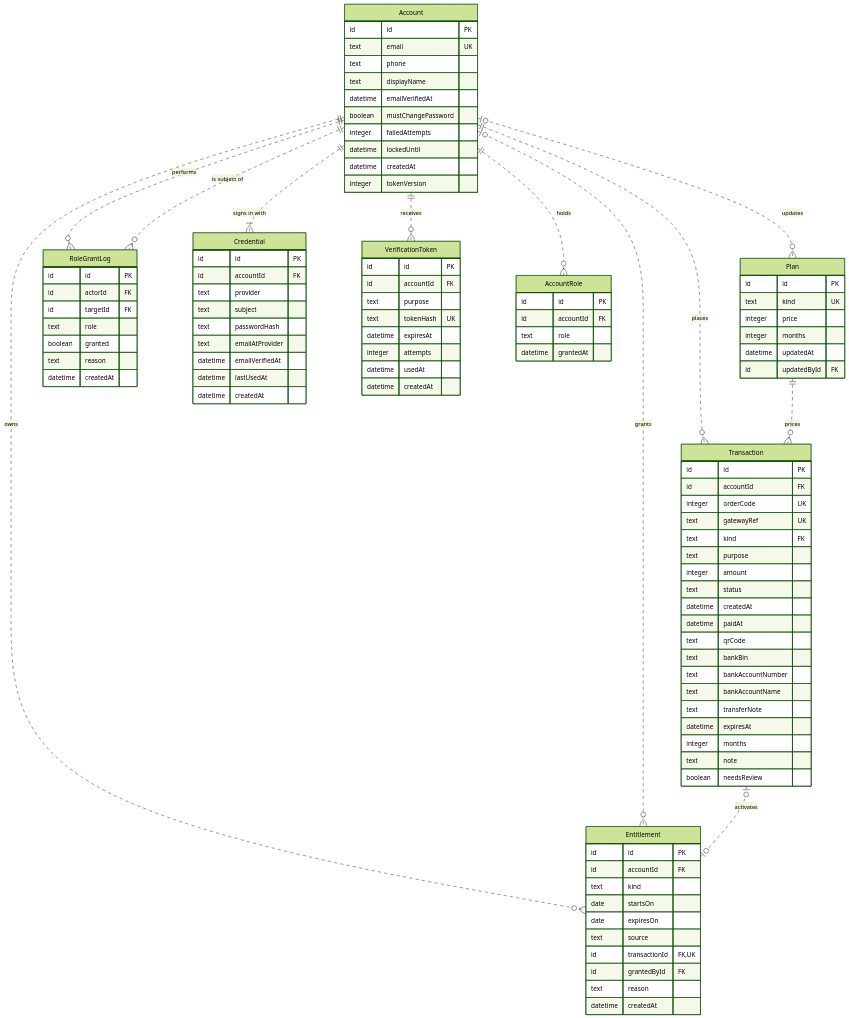
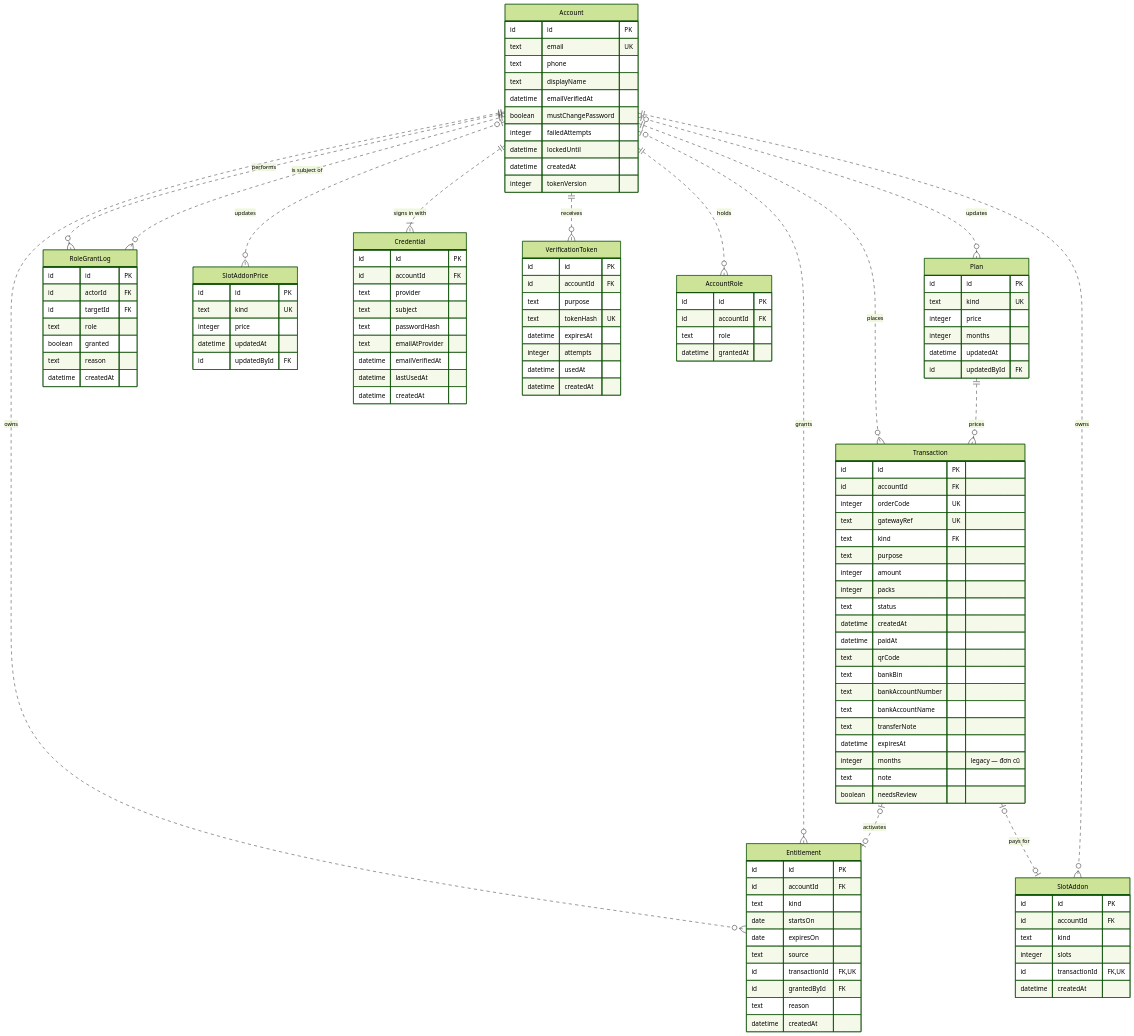
One commit to NamHungBBB1/do-an-BE changed the third of 10 diagrams in docs/diagrams/erd.md. Above: the diagram before and after it, drawn with Mermaid (forest theme). The commit also changed other lines of this file and 3 other files, not shown here.

First line of the commit message:
docs(slot): dong bo schema.sql, erd.md, state-machines.md voi ban v3

````diff
--- a/docs/diagrams/erd.md
+++ b/docs/diagrams/erd.md
@@ -121,6 +121,7 @@
         text kind FK
         text purpose
         integer amount
+        integer packs
         text status
         datetime createdAt
         datetime paidAt
@@ -130,9 +131,24 @@
         text bankAccountName
         text transferNote
         datetime expiresAt
-        integer months
+        integer months "legacy — đơn cũ"
         text note
         boolean needsReview
+    }
+    SlotAddonPrice {
+        id id PK
+        text kind UK
+        integer price
+        datetime updatedAt
+        id updatedById FK
+    }
+    SlotAddon {
+        id id PK
+        id accountId FK
+        text kind
+        integer slots
+        id transactionId FK, UK
+        datetime createdAt
     }
     Entitlement {
         id id PK
@@ -183,5 +199,8 @@
     Account ||..o{ Entitlement : "owns"
     Account |o..o{ Entitlement : "grants"
     Transaction |o..o| Entitlement : "activates"
+    Transaction |o..o| SlotAddon : "pays for"
+    Account ||..o{ SlotAddon : "owns"
+    Account |o..o{ SlotAddonPrice : "updates"
     Plan ||..o{ Transaction : "prices"
 ```
````
